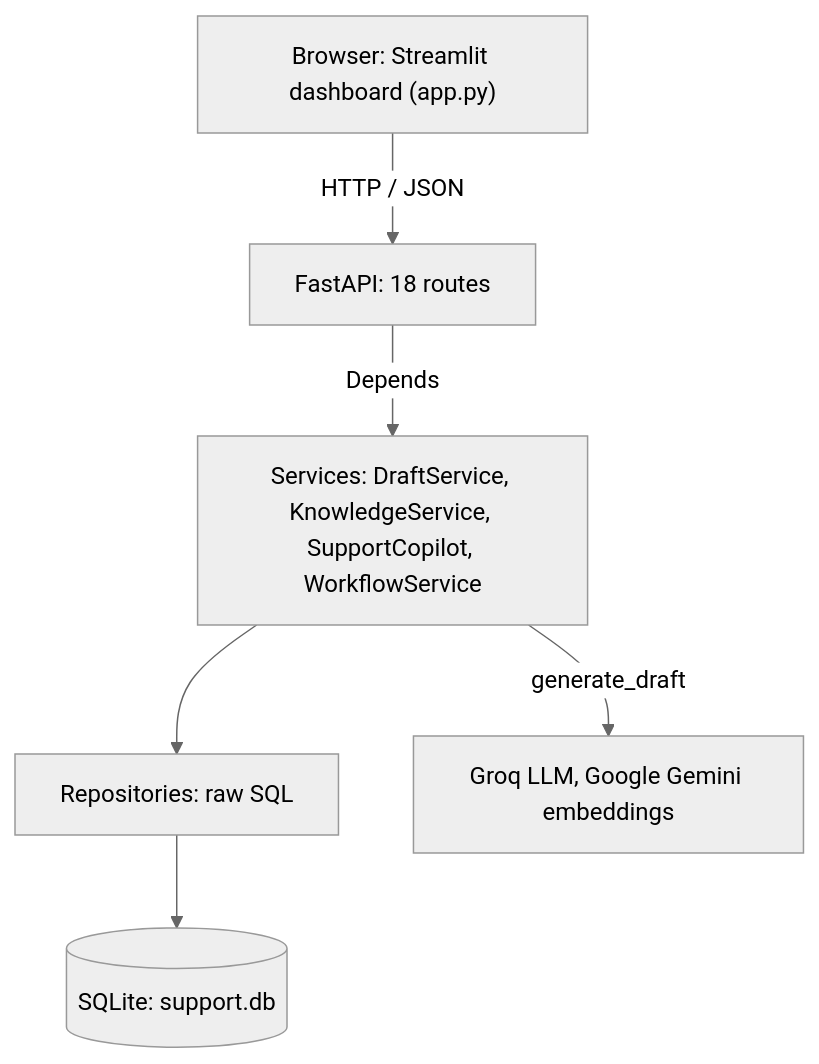
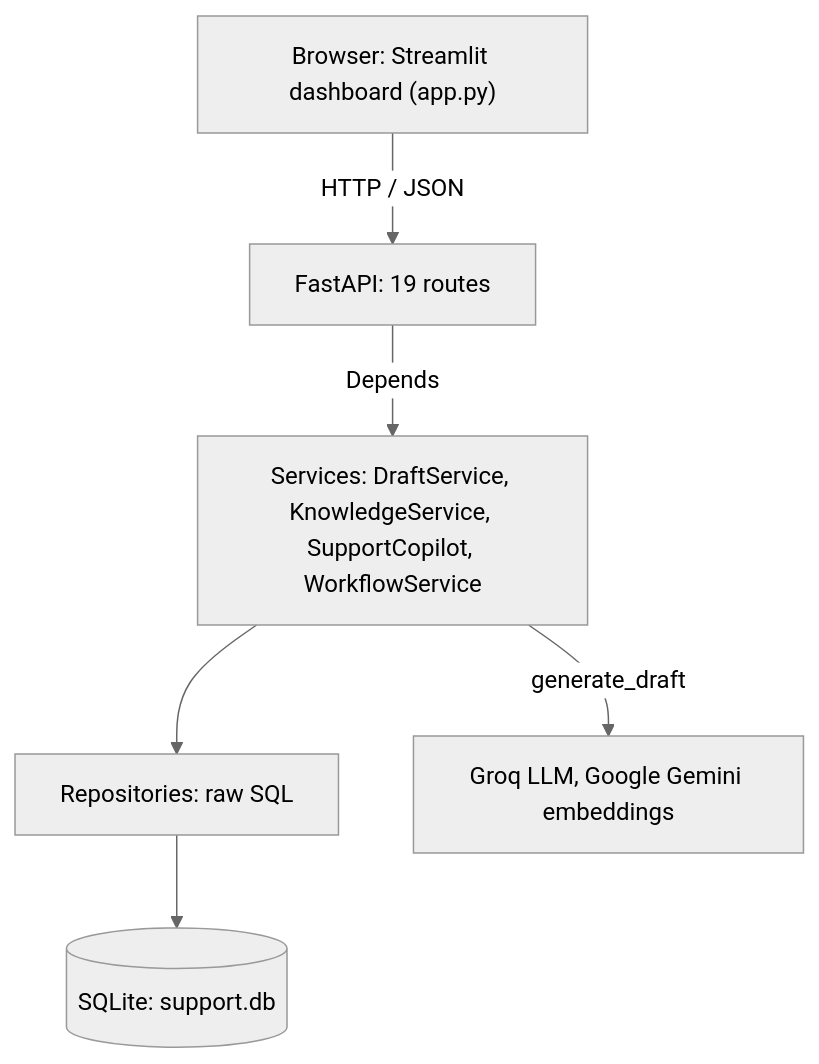
Before and after one commit to samriddhi56652/insurance-claims-copilot: the first of 2 diagrams in README.md, drawn with Mermaid (neutral theme). The commit also changed other lines of this file and 1 other file, not shown here.

First line of the commit message:
docs: add like-for-like groundedness figure; correct agent/token and route claims

````diff
--- a/README.md
+++ b/README.md
@@ -144,15 +144,15 @@
 ```mermaid
 flowchart TD
     UI["Browser: Streamlit dashboard (app.py)"]
-    API["FastAPI: 18 routes"]
+    API["FastAPI: 19 routes"]
     SVC["Services: DraftService, KnowledgeService, SupportCopilot, WorkflowService"]
     REPO["Repositories: raw SQL"]
     DB[("SQLite: support.db")]
     EXT["Groq LLM, Google Gemini embeddings"]
 
     UI -->|HTTP / JSON| API
     API -->|Depends| SVC
     SVC --> REPO
     REPO --> DB
     SVC -->|generate_draft| EXT
 ```
````
